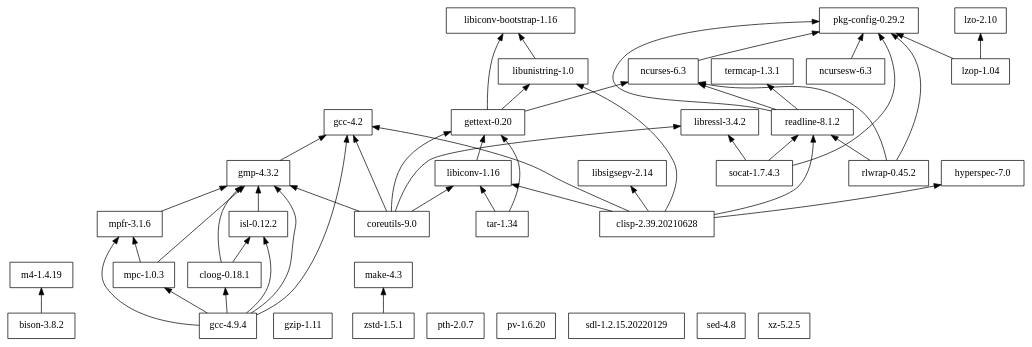
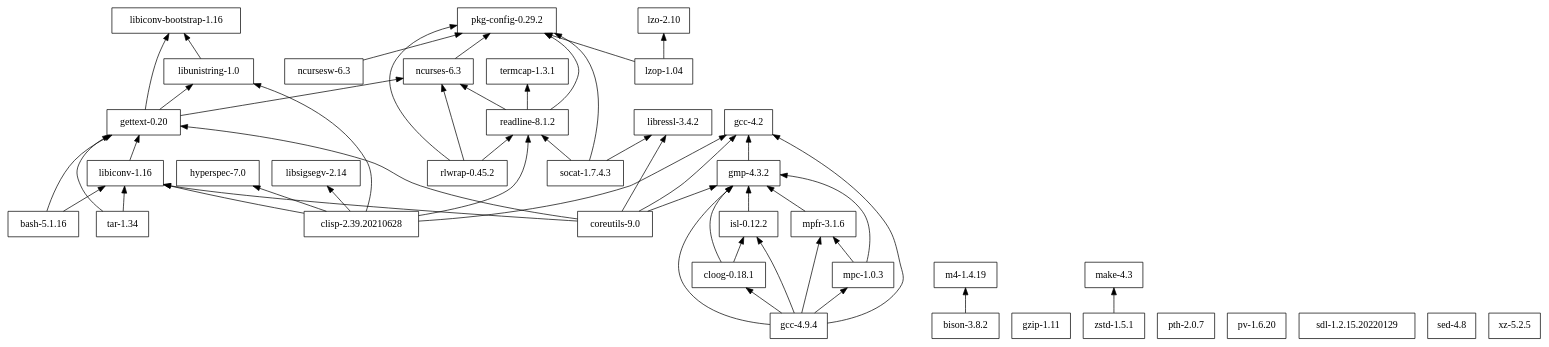
One commit to cellularmitosis/leopard.sh changed the diagram in tigersh/deps/dependencies.dot. Above: the diagram before and after it, drawn with Graphviz. The commit also changed 8 other files, not shown here.

```diff
--- a/tigersh/deps/dependencies.dot
+++ b/tigersh/deps/dependencies.dot
@@ -1,68 +1,70 @@
 digraph mygraph {
 node [shape=box];
 rankdir = BT;
 
+"bash-5.1.16" -> "gettext-0.20"
+"bash-5.1.16" -> "libiconv-1.16"
 "bison-3.8.2" -> "m4-1.4.19"
 "clisp-2.39.20210628" -> "gcc-4.2"
 "clisp-2.39.20210628" -> "hyperspec-7.0"
 "clisp-2.39.20210628" -> "libiconv-1.16"
 "clisp-2.39.20210628" -> "libsigsegv-2.14"
 "clisp-2.39.20210628" -> "libunistring-1.0"
 "clisp-2.39.20210628" -> "readline-8.1.2"
 "cloog-0.18.1" -> "gmp-4.3.2"
 "cloog-0.18.1" -> "isl-0.12.2"
 "coreutils-9.0" -> "gcc-4.2"
 "coreutils-9.0" -> "gettext-0.20"
 "coreutils-9.0" -> "gmp-4.3.2"
 "coreutils-9.0" -> "libiconv-1.16"
 "coreutils-9.0" -> "libressl-3.4.2"
 "gcc-4.2"
 "gcc-4.9.4" -> "cloog-0.18.1"
 "gcc-4.9.4" -> "gcc-4.2"
 "gcc-4.9.4" -> "gmp-4.3.2"
 "gcc-4.9.4" -> "isl-0.12.2"
 "gcc-4.9.4" -> "mpc-1.0.3"
 "gcc-4.9.4" -> "mpfr-3.1.6"
 "gettext-0.20" -> "libiconv-bootstrap-1.16"
 "gettext-0.20" -> "libunistring-1.0"
 "gettext-0.20" -> "ncurses-6.3"
 "gmp-4.3.2" -> "gcc-4.2"
 "gzip-1.11"
 "hyperspec-7.0"
 "isl-0.12.2" -> "gmp-4.3.2"
 "libiconv-1.16" -> "gettext-0.20"
 "libiconv-bootstrap-1.16"
 "libressl-3.4.2"
 "libsigsegv-2.14"
 "libunistring-1.0" -> "libiconv-bootstrap-1.16"
 "lzo-2.10"
 "lzop-1.04" -> "lzo-2.10"
 "lzop-1.04" -> "pkg-config-0.29.2"
 "m4-1.4.19"
 "make-4.3"
 "mpc-1.0.3" -> "gmp-4.3.2"
 "mpc-1.0.3" -> "mpfr-3.1.6"
 "mpfr-3.1.6" -> "gmp-4.3.2"
 "ncurses-6.3" -> "pkg-config-0.29.2"
 "ncursesw-6.3" -> "pkg-config-0.29.2"
 "pkg-config-0.29.2"
 "pth-2.0.7"
 "pv-1.6.20"
 "readline-8.1.2" -> "ncurses-6.3"
 "readline-8.1.2" -> "pkg-config-0.29.2"
 "readline-8.1.2" -> "termcap-1.3.1"
 "rlwrap-0.45.2" -> "ncurses-6.3"
 "rlwrap-0.45.2" -> "pkg-config-0.29.2"
 "rlwrap-0.45.2" -> "readline-8.1.2"
 "sdl-1.2.15.20220129"
 "sed-4.8"
 "socat-1.7.4.3" -> "libressl-3.4.2"
 "socat-1.7.4.3" -> "pkg-config-0.29.2"
 "socat-1.7.4.3" -> "readline-8.1.2"
 "tar-1.34" -> "gettext-0.20"
 "tar-1.34" -> "libiconv-1.16"
 "termcap-1.3.1"
 "xz-5.2.5"
 "zstd-1.5.1" -> "make-4.3"
 
 }
```
